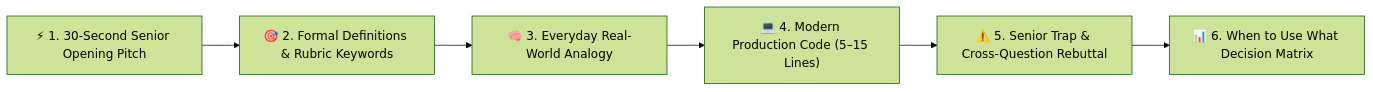
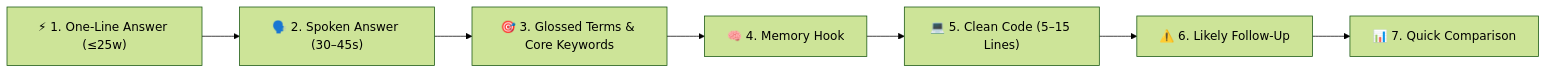
The first of 2 diagrams in README.md (ubermachine/Interview), drawn with Mermaid (forest theme) before and after one commit. The commit also changed other lines of this file and 52 other files, not shown here.

````diff
--- a/README.md
+++ b/README.md
@@ -39,8 +39,9 @@
 ```mermaid
 flowchart LR
-    A["⚡ 1. 30-Second Senior Opening Pitch"] --> B["🎯 2. Formal Definitions & Rubric Keywords"]
-    B --> C["🧠 3. Everyday Real-World Analogy"]
-    C --> D["💻 4. Modern Production Code (5–15 Lines)"]
-    D --> E["⚠️ 5. Senior Trap & Cross-Question Rebuttal"]
-    E --> F["📊 6. When to Use What Decision Matrix"]
+    A["⚡ 1. One-Line Answer (≤25w)"] --> B["🗣️ 2. Spoken Answer (30–45s)"]
+    B --> C["🎯 3. Glossed Terms & Core Keywords"]
+    C --> D["🧠 4. Memory Hook"]
+    D --> E["💻 5. Clean Code (5–15 Lines)"]
+    E --> F["⚠️ 6. Likely Follow-Up"]
+    F --> G["📊 7. Quick Comparison"]
 ```
````
